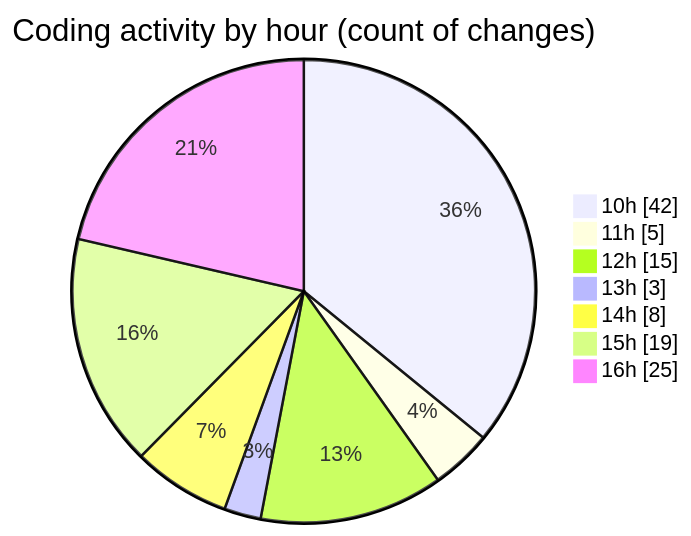
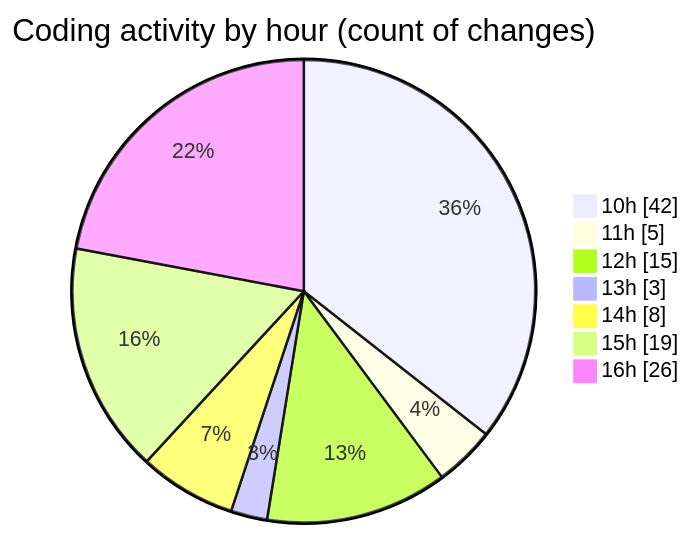
Before and after one commit to nxtqubesakshisongat/code-tracking: the second of 2 diagrams in 2025-08-04/nxtqube_webapp/README.md, drawn with Mermaid. The commit also changed other lines of this file and 1 other file, not shown here.

````diff
--- a/2025-08-04/nxtqube_webapp/README.md
+++ b/2025-08-04/nxtqube_webapp/README.md
@@ -41,11 +42,11 @@
 ```mermaid
 pie showData
 title Coding activity by hour (count of changes)
 "10h" : 42
 "11h" : 5
 "12h" : 15
 "13h" : 3
 "14h" : 8
 "15h" : 19
-"16h" : 25
+"16h" : 26
 ```
````
